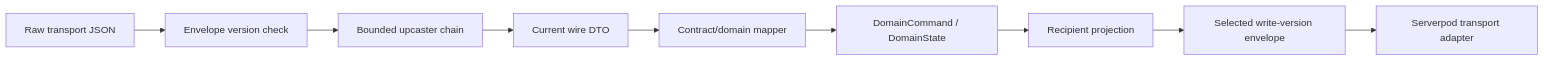
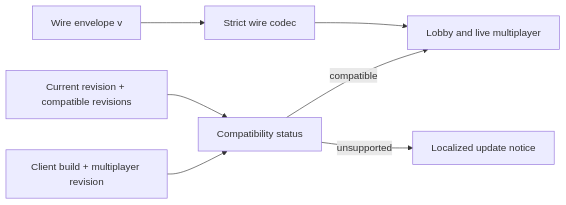
Before and after one commit to ernestwisniewski/aonw: the diagram in docs/adr/0004-versioned-multiplayer-protocol.md, drawn with Mermaid. The commit also changed other lines of this file and 281 other files, not shown here.

````diff
--- a/docs/adr/0004-versioned-multiplayer-protocol.md
+++ b/docs/adr/0004-versioned-multiplayer-protocol.md
@@ -28,11 +25,9 @@
 ```mermaid
 flowchart LR
-  Raw["Raw transport JSON"] --> Version["Envelope version check"]
-  Version --> Upcast["Bounded upcaster chain"]
-  Upcast --> Current["Current wire DTO"]
-  Current --> Mapper["Contract/domain mapper"]
-  Mapper --> Domain["DomainCommand / DomainState"]
-  Domain --> Project["Recipient projection"]
-  Project --> Encode["Selected write-version envelope"]
-  Encode --> Serverpod["Serverpod transport adapter"]
+  Client["Client build + multiplayer revision"] --> Status["Compatibility status"]
+  Registry["Current revision + compatible revisions"] --> Status
+  Status -->|compatible| Multiplayer["Lobby and live multiplayer"]
+  Status -->|unsupported| Notice["Localized update notice"]
+  Wire["Wire envelope v"] --> Decoder["Strict wire codec"]
+  Decoder --> Multiplayer
 ```
````
